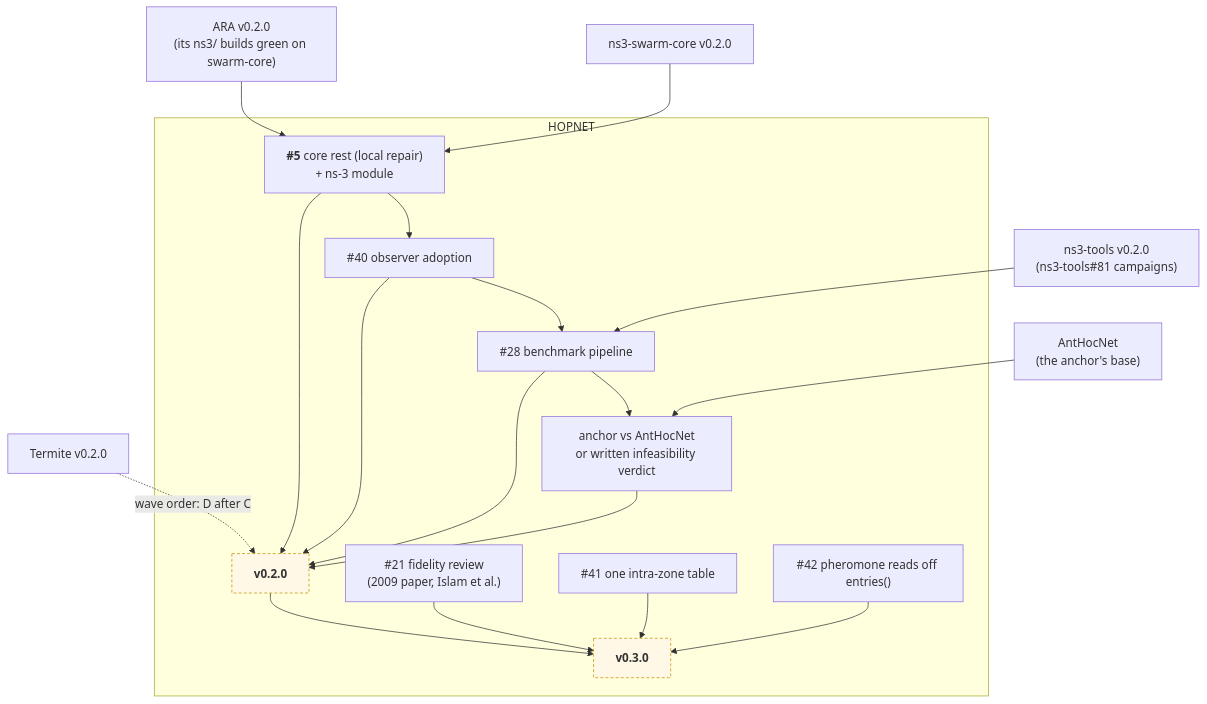
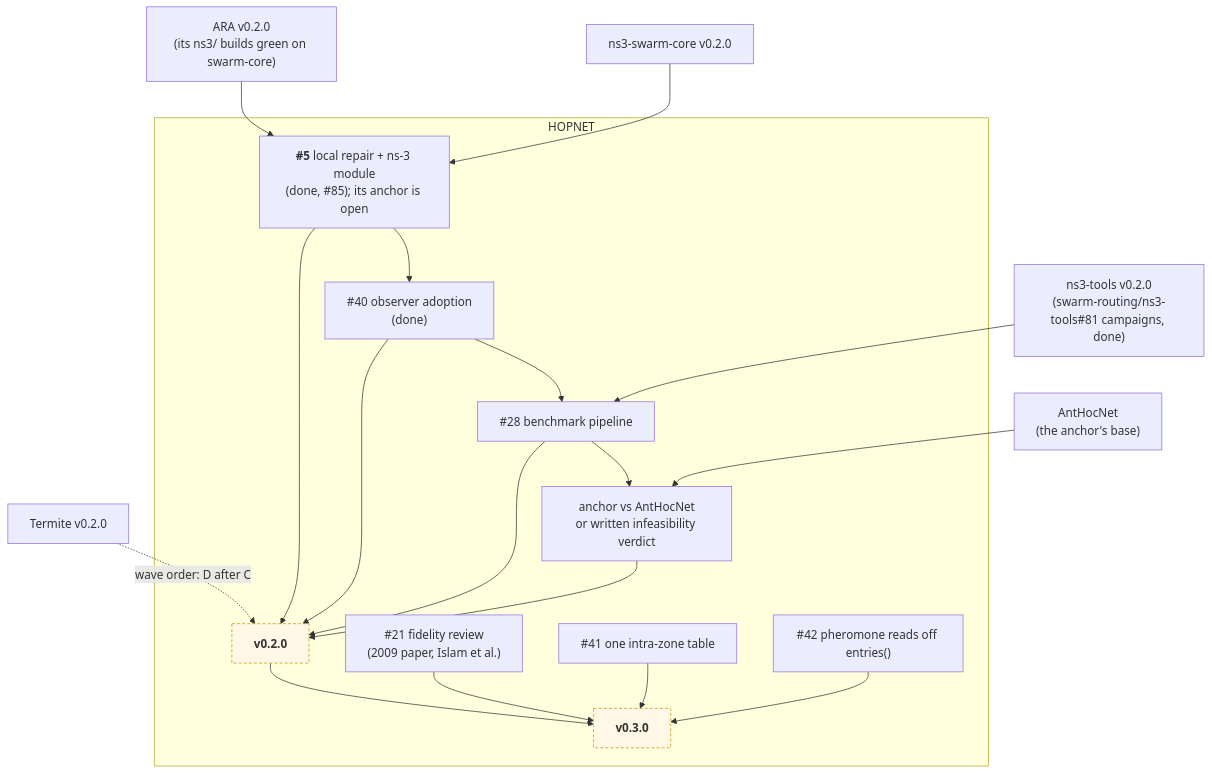
The second of 2 diagrams in docs/roadmap.md (swarm-routing/HOPNET), drawn with Mermaid before and after one commit. The commit also changed other lines of this file and 7 other files, not shown here.

First line of the commit message:
docs: audit follow-ups (status text says the ns-3 module and the local repair are in) (#97)

````diff
--- a/docs/roadmap.md
+++ b/docs/roadmap.md
@@ -55,33 +55,33 @@
 ```mermaid
 flowchart TB
     subgraph HOP["HOPNET"]
-        H5["<b>#5</b> core rest (local repair)<br/>+ ns-3 module"]
-        H40["#40 observer adoption"]
+        H5["<b>#5</b> local repair + ns-3 module<br/>(done, #85); its anchor is open"]
+        H40["#40 observer adoption<br/>(done)"]
         H28["#28 benchmark pipeline"]
         ANCHOR["anchor vs AntHocNet<br/>or written infeasibility verdict"]
         V02["<b>v0.2.0</b>"]
         H21["#21 fidelity review<br/>(2009 paper, Islam et al.)"]
         H41["#41 one intra-zone table"]
         H42["#42 pheromone reads off entries()"]
         V03["<b>v0.3.0</b>"]
     end
     ARA["ARA v0.2.0<br/>(its ns3/ builds green on swarm-core)"]
     TERM["Termite v0.2.0"]
-    TOOLS["ns3-tools v0.2.0<br/>(ns3-tools#81 campaigns)"]
+    TOOLS["ns3-tools v0.2.0<br/>(swarm-routing/ns3-tools#81 campaigns, done)"]
     CORE["ns3-swarm-core v0.2.0"]
     AHN["AntHocNet<br/>(the anchor's base)"]
 
     ARA --> H5
     CORE --> H5
     H5 --> H40 --> H28
     TOOLS --> H28
     H28 --> ANCHOR
     AHN --> ANCHOR
     TERM -.->|"wave order: D after C"| V02
     H5 & H40 & H28 & ANCHOR --> V02
     V02 --> V03
     H21 & H41 & H42 --> V03
 
     style V02 fill:#fff8e6,stroke:#c48f00,stroke-dasharray:4 3
     style V03 fill:#fff8e6,stroke:#c48f00,stroke-dasharray:4 3
 ```
````
